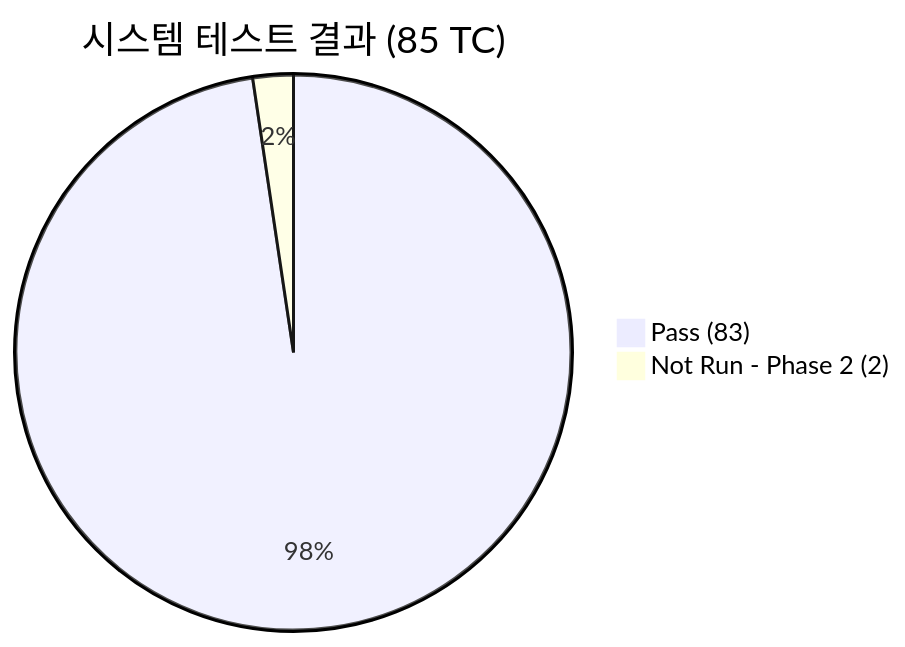
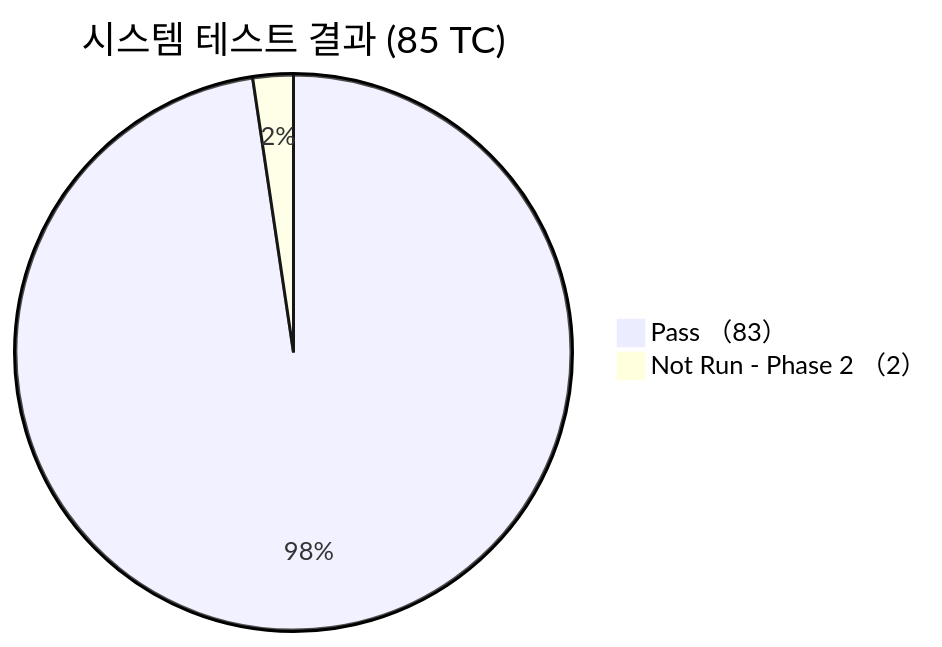
Before and after one commit to holee9/console-gui: the diagram in docs/testing/DOC-024_STReport_v1.0.md, drawn with Mermaid. The commit also changed 19 other files, not shown here.

First line of the commit message:
fix: quadrantChart/pie/timeline 등 비flowchart 차트 파싱 오류 전면 수정

````diff
--- a/docs/testing/DOC-024_STReport_v1.0.md
+++ b/docs/testing/DOC-024_STReport_v1.0.md
@@ -47,5 +47,5 @@
 ```mermaid
 pie title 시스템 테스트 결과 (85 TC)
-    "Pass (83)" : 83
-    "Not Run - Phase 2 (2)" : 2
+    "Pass （83）" : 83
+    "Not Run - Phase 2 （2）" : 2
 ```
````
